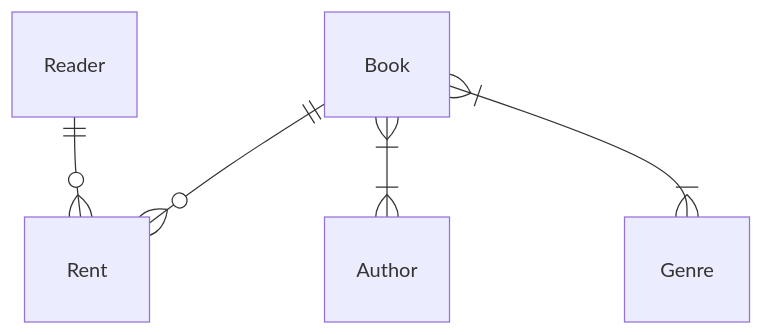
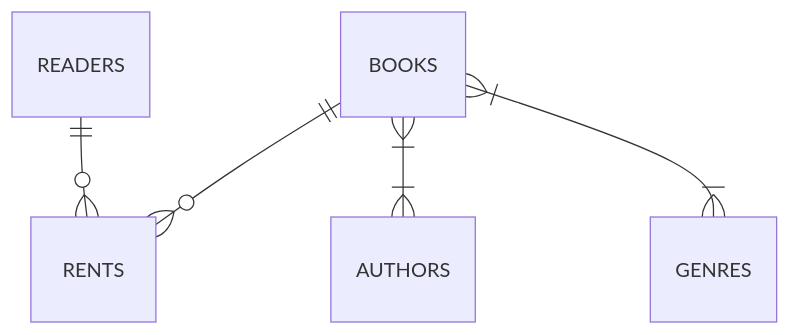
One commit to Villhard/database_design changed the first of 2 diagrams in README.md. Above: the diagram before and after it, drawn with Mermaid. The commit also changed other lines of this file, not shown here.

Commit message:
rename title er-diagram

````diff
--- a/README.md
+++ b/README.md
@@ -12,7 +12,7 @@
 ```mermaid
 erDiagram
-    Reader ||--o{ Rent: ""
-    Book ||--o{ Rent : ""
-    Book }|--|{ Author : ""
-    Book }|--|{ Genre : ""
+    READERS ||--o{ RENTS: ""
+    BOOKS ||--o{ RENTS: ""
+    BOOKS }|--|{ AUTHORS: ""
+    BOOKS }|--|{ GENRES: ""
 ```
````
